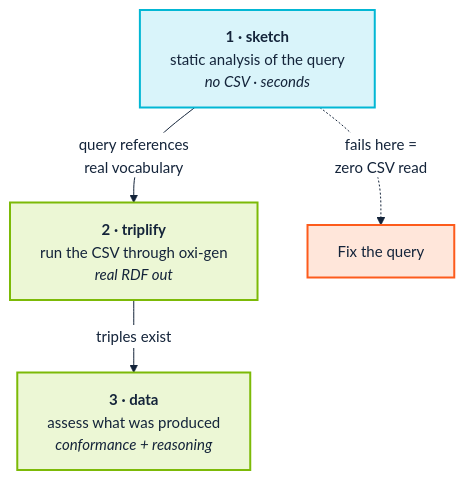
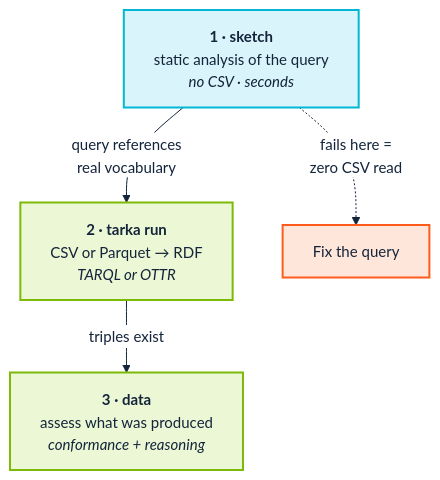
Before and after one commit to pwin/SemOpsManual: the diagram in docs/10-ingest-and-transform.md, drawn with Mermaid. The commit also changed other lines of this file and 21 other files, not shown here.

````diff
--- a/docs/10-ingest-and-transform.md
+++ b/docs/10-ingest-and-transform.md
@@ -24,19 +33,19 @@
 ```mermaid
 %%{init: {'theme':'base','themeVariables':{
   'fontSize':'15px','fontFamily':'Segoe UI, Helvetica, Arial, sans-serif',
   'lineColor':'#14243A','primaryTextColor':'#14243A',
   'edgeLabelBackground':'#FFFFFF'}}}%%
 flowchart TD
     S1["<b>1 · sketch</b><br/>static analysis of the query<br/><i>no CSV · seconds</i>"]
-    S2["<b>2 · triplify</b><br/>run the CSV through oxi-gen<br/><i>real RDF out</i>"]
+    S2["<b>2 · tarka run</b><br/>CSV or Parquet → RDF<br/><i>TARQL or OTTR</i>"]
     S3["<b>3 · data</b><br/>assess what was produced<br/><i>conformance + reasoning</i>"]
 
     S1 -->|"query references<br/>real vocabulary"| S2
     S2 -->|"triples exist"| S3
     S1 -.->|"fails here =<br/>zero CSV read"| STOP["Fix the query"]
 
     classDef ci fill:#D9F4FA,stroke:#02B7D4,stroke-width:2px,color:#14243A;
     classDef data fill:#ECF7D5,stroke:#7CBA07,stroke-width:2px,color:#14243A;
     classDef human fill:#FFE6DA,stroke:#FD5B1C,stroke-width:2px,color:#14243A;
     class S1 ci; class S2,S3 data; class STOP human;
 ```
````
